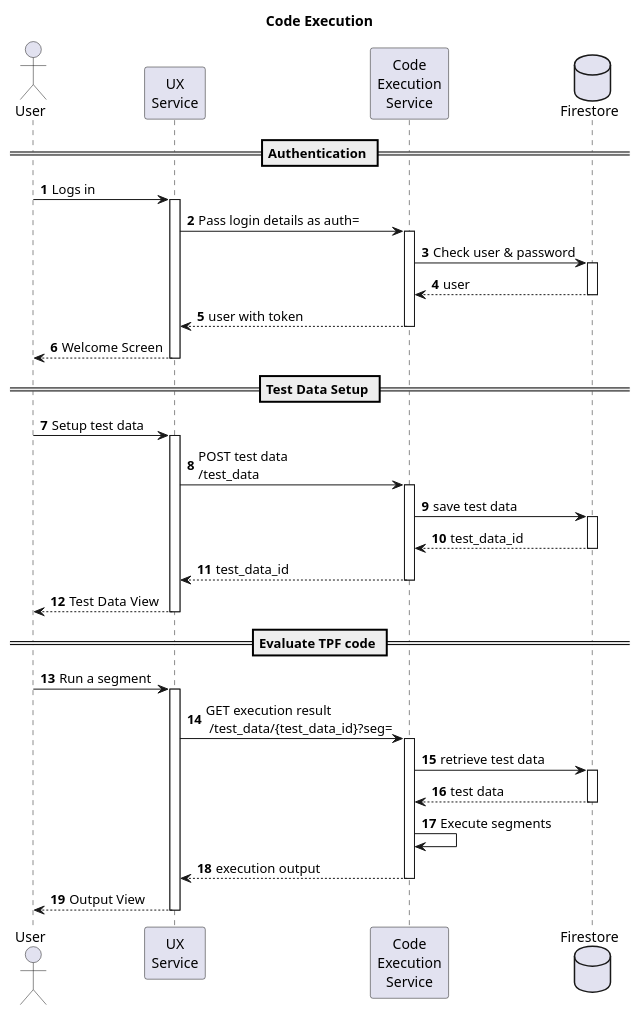
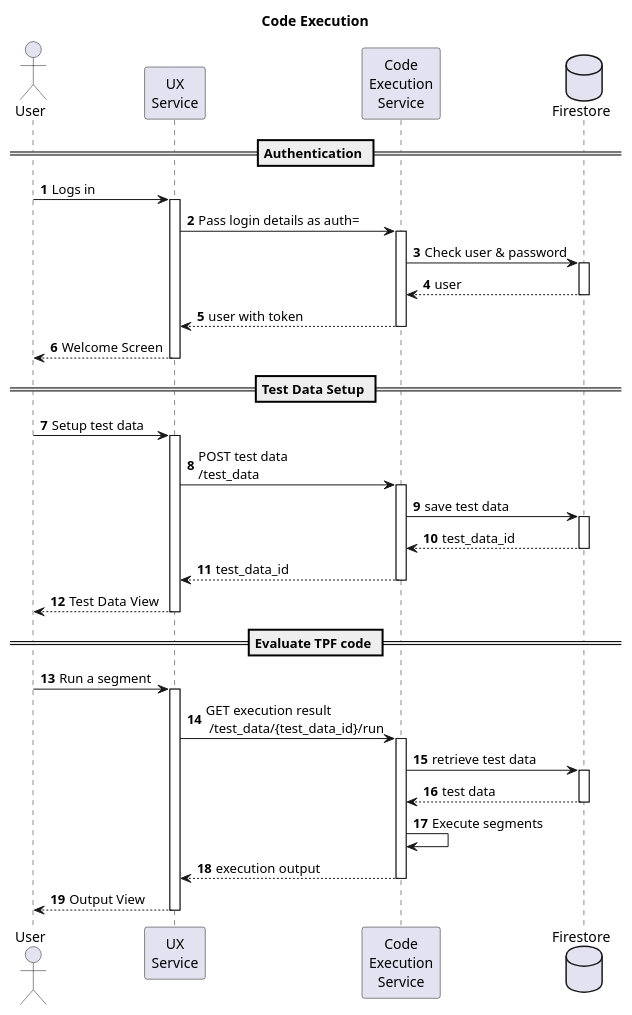
Before and after one commit to crazynayan/tpf1: the diagram in documentation/Execution.puml, drawn with PlantUML. The commit also changed 18 other files, not shown here.

```diff
--- a/documentation/Execution.puml
+++ b/documentation/Execution.puml
@@ -1,36 +1,36 @@
 @startuml
 title Code Execution
 
 actor User
 participant "UX\nService" as Frontend
 participant "Code\nExecution\nService" as Backend
 database Firestore
 
 autonumber
 
 == Authentication ==
 User -> Frontend ++ : Logs in
     Frontend -> Backend ++ : Pass login details as auth=
         Backend -> Firestore ++ : Check user & password
         return user
     return user with token
 return Welcome Screen
 
 == Test Data Setup ==
 User -> Frontend ++ : Setup test data
     Frontend -> Backend ++ : POST test data \n/test_data
         Backend -> Firestore ++ : save test data
         return test_data_id
     return test_data_id
 return Test Data View
 
 == Evaluate TPF code ==
 User -> Frontend ++ : Run a segment
-    Frontend -> Backend ++ : GET execution result \n /test_data/{test_data_id}?seg=
+    Frontend -> Backend ++ : GET execution result \n /test_data/{test_data_id}/run
     Backend -> Firestore ++ : retrieve test data
     return test data
     Backend -> Backend : Execute segments
     return execution output
 return Output View
 
 @enduml
```
